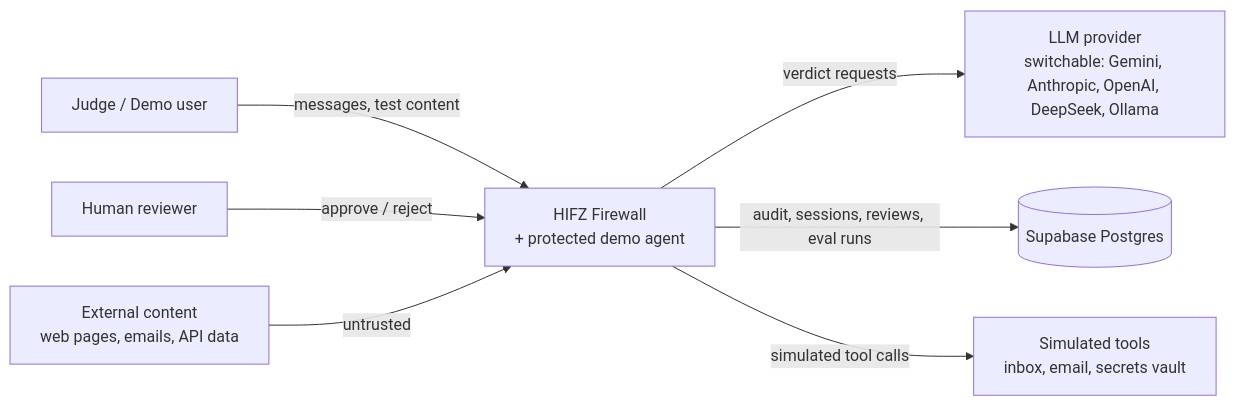
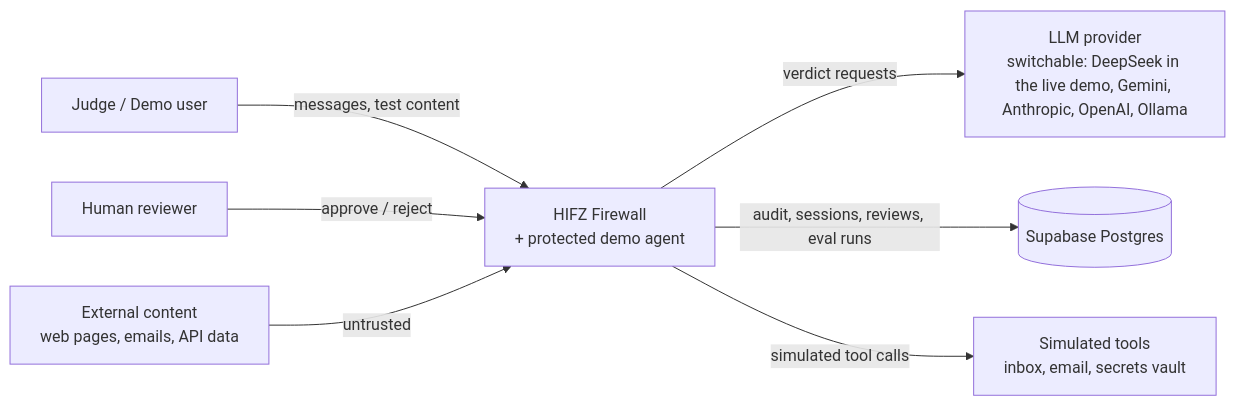
The first of 4 diagrams in docs/architecture/HLD.md (umarfarookm/hifz-ai-security-firewall), drawn with Mermaid before and after one commit. The commit also changed other lines of this file and 1 other file, not shown here.

First line of the commit message:
docs(architecture): bring HLD and LLD in line with the implementation (PLAN 3.6)

````diff
--- a/docs/architecture/HLD.md
+++ b/docs/architecture/HLD.md
@@ -124,9 +124,9 @@
 ```mermaid
 flowchart LR
   Judge[Judge / Demo user] -->|messages, test content| HIFZ
   Reviewer[Human reviewer] -->|approve / reject| HIFZ
   Sources[External content<br/>web pages, emails, API data] -->|untrusted| HIFZ
-  HIFZ[HIFZ Firewall<br/>+ protected demo agent] -->|verdict requests| LLM[LLM provider<br/>switchable: Gemini, Anthropic, OpenAI, DeepSeek, Ollama]
+  HIFZ[HIFZ Firewall<br/>+ protected demo agent] -->|verdict requests| LLM[LLM provider<br/>switchable: DeepSeek in the live demo, Gemini, Anthropic, OpenAI, Ollama]
   HIFZ -->|audit, sessions, reviews, eval runs| DB[(Supabase Postgres)]
   HIFZ -->|simulated tool calls| Tools[Simulated tools<br/>inbox, email, secrets vault]
 ```
````
